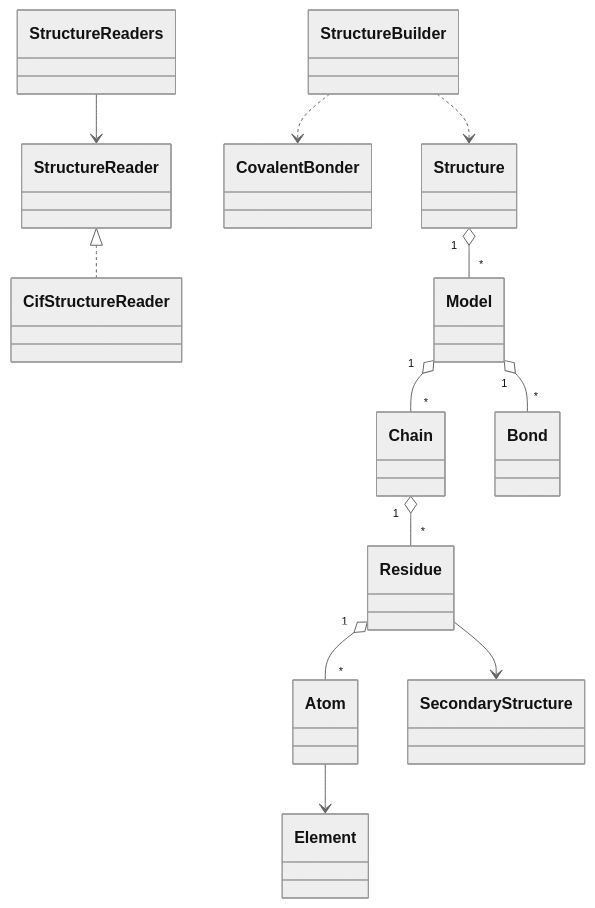
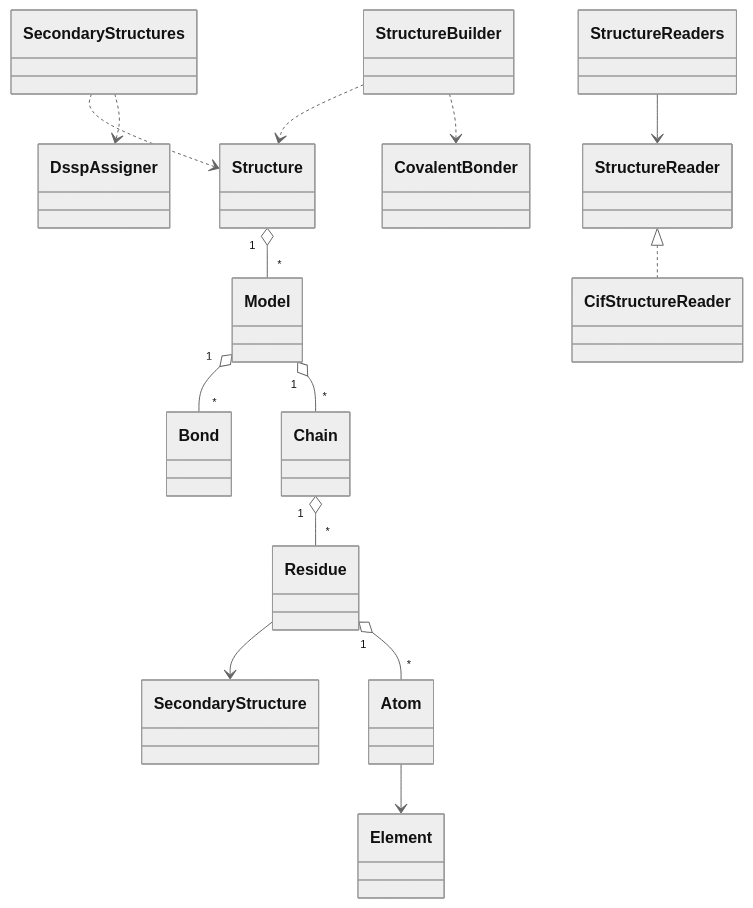
Before and after one commit to PorridgeBear/jmvs: the second of 2 diagrams in docs/arc42/05-building-block-view.md, drawn with Mermaid (neutral theme). The commit also changed other lines of this file and 47 other files, not shown here.

````diff
--- a/docs/arc42/05-building-block-view.md
+++ b/docs/arc42/05-building-block-view.md
@@ -28,14 +28,16 @@
 ```mermaid
 classDiagram
     Structure "1" o-- "*" Model
     Model "1" o-- "*" Chain
     Model "1" o-- "*" Bond
     Chain "1" o-- "*" Residue
     Residue "1" o-- "*" Atom
     Residue --> SecondaryStructure
     Atom --> Element
     StructureReader <|.. CifStructureReader
     StructureReaders --> StructureReader
     StructureBuilder ..> CovalentBonder
     StructureBuilder ..> Structure
+    SecondaryStructures ..> DsspAssigner
+    SecondaryStructures ..> Structure
 ```
````
